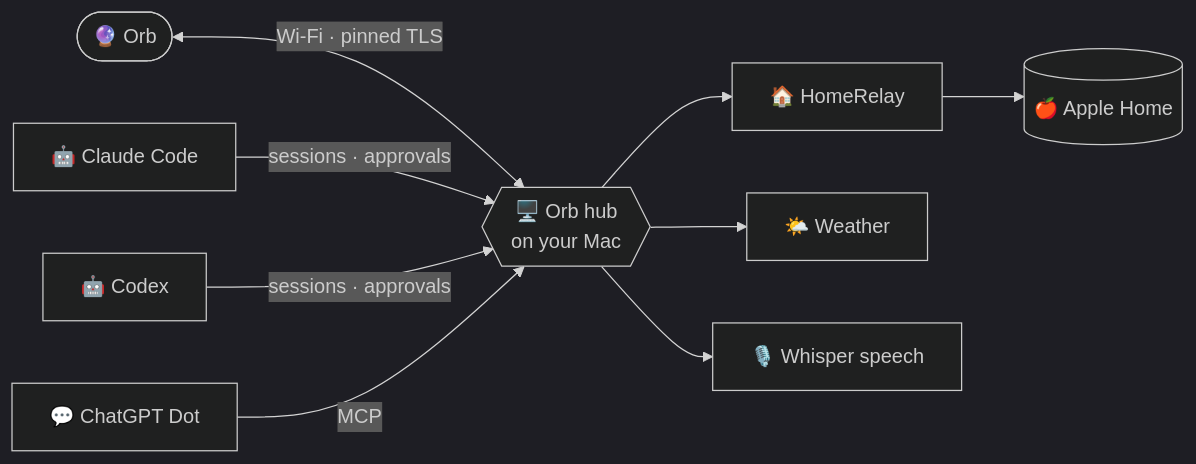
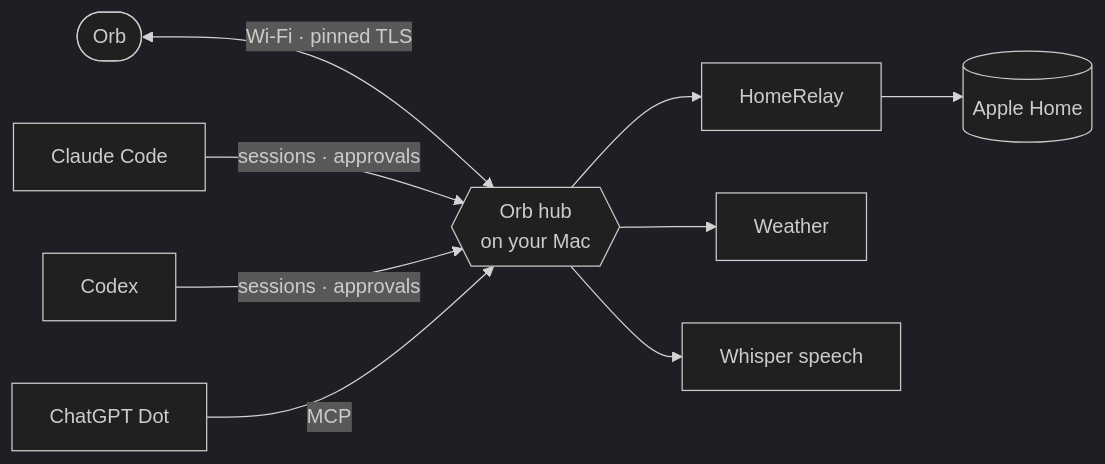
The diagram in README.md (shhish/orb), drawn with Mermaid (dark theme) before and after one commit. The commit also changed other lines of this file, not shown here.

First line of the commit message:
Orb v0.6.4

````diff
--- a/README.md
+++ b/README.md
@@ -66,10 +66,10 @@
 ```mermaid
 flowchart LR
-  ORB(["🔮 Orb"]) <-- "Wi-Fi · pinned TLS" --> HUB{{"🖥️ Orb hub<br/>on your Mac"}}
-  HUB --> HR["🏠 HomeRelay"] --> HOME[("🍎 Apple Home")]
-  CLAUDE["🤖 Claude Code"] -- "sessions · approvals" --> HUB
-  CODEX["🤖 Codex"] -- "sessions · approvals" --> HUB
-  DOT["💬 ChatGPT Dot"] -- MCP --> HUB
-  HUB --> WX["🌤️ Weather"]
-  HUB --> STT["🎙️ Whisper speech"]
+  ORB(["Orb"]) <-- "Wi-Fi · pinned TLS" --> HUB{{"Orb hub<br/>on your Mac"}}
+  HUB --> HR["HomeRelay"] --> HOME[("Apple Home")]
+  CLAUDE["Claude Code"] -- "sessions · approvals" --> HUB
+  CODEX["Codex"] -- "sessions · approvals" --> HUB
+  DOT["ChatGPT Dot"] -- MCP --> HUB
+  HUB --> WX["Weather"]
+  HUB --> STT["Whisper speech"]
 ```
````
